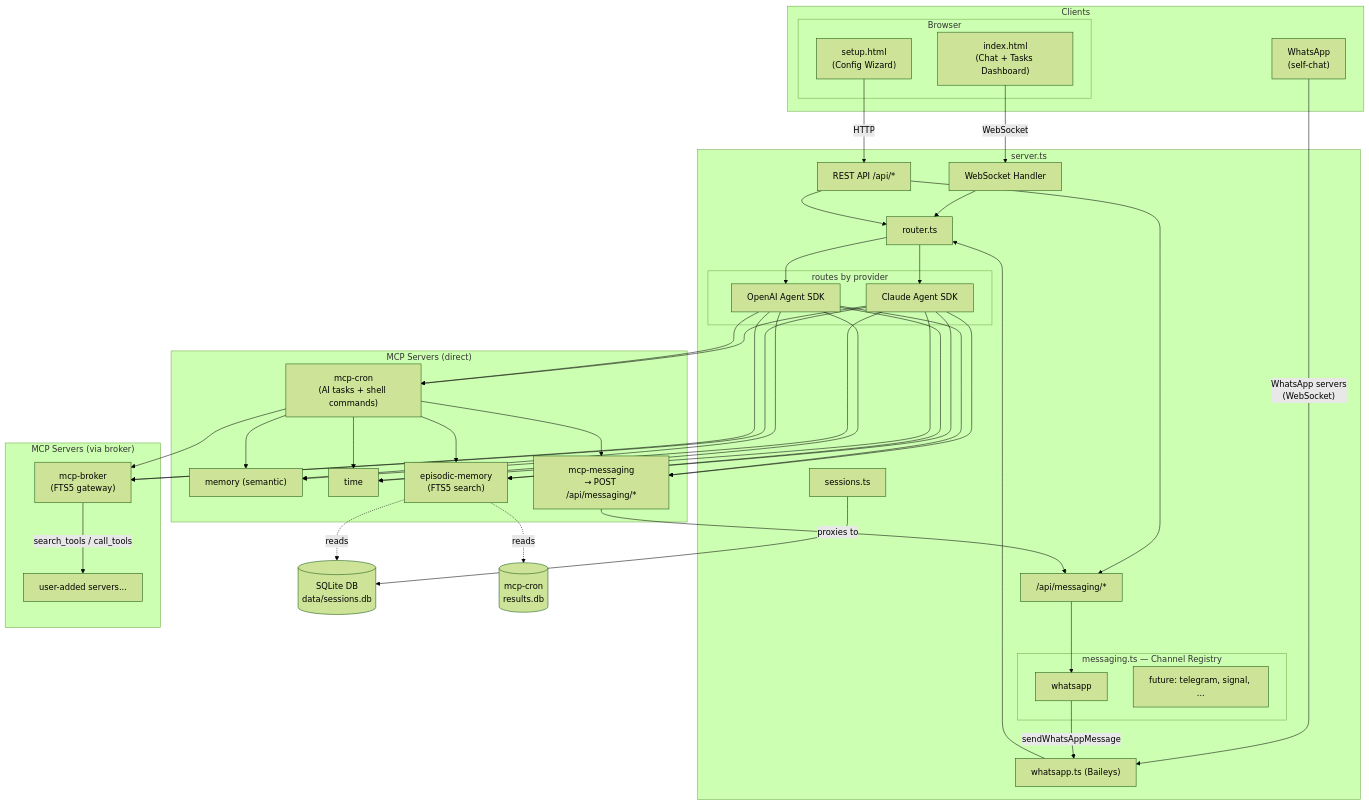
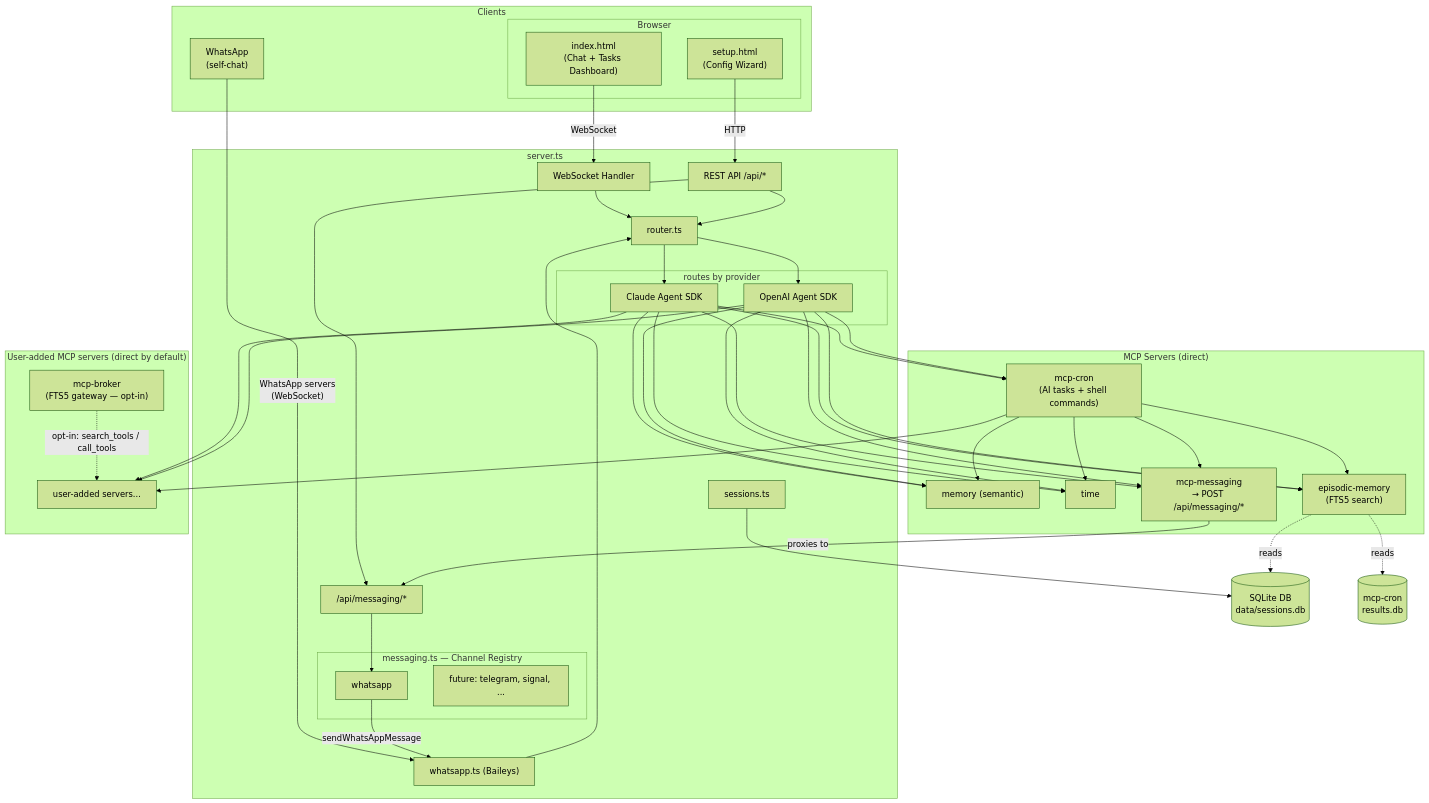
Before and after one commit to jolks/goto-assistant: the diagram in docs/architecture.md, drawn with Mermaid (forest theme). The commit also changed 5 other files, not shown here.

First line of the commit message:
Make mcp-broker opt-in (default off)

````diff
--- a/docs/architecture.md
+++ b/docs/architecture.md
@@ -3,72 +3,72 @@
 ```mermaid
 flowchart TD
     subgraph Clients
         subgraph Browser
             index["index.html<br/>(Chat + Tasks Dashboard)"]
             setup["setup.html<br/>(Config Wizard)"]
         end
         whatsapp_client["WhatsApp<br/>(self-chat)"]
     end
 
     subgraph "server.ts"
         ws["WebSocket Handler"]
         rest["REST API /api/*"]
         wa["whatsapp.ts (Baileys)"]
 
         subgraph "messaging.ts — Channel Registry"
             ch_wa["whatsapp"]
             ch_future["future: telegram, signal, ..."]
         end
 
         messaging_api["/api/messaging/*"]
 
         router["router.ts"]
 
         subgraph providers ["routes by provider"]
             claude["Claude Agent SDK"]
             openai["OpenAI Agent SDK"]
         end
 
         sessions["sessions.ts"]
     end
 
     subgraph "MCP Servers (direct)"
         cron["mcp-cron<br/>(AI tasks + shell commands)"]
         memory["memory (semantic)"]
         time_srv["time"]
         mcp_msg["mcp-messaging<br/>→ POST /api/messaging/*"]
         episodic["episodic-memory<br/>(FTS5 search)"]
     end
 
-    subgraph "MCP Servers (via broker)"
-        broker["mcp-broker<br/>(FTS5 gateway)"]
+    subgraph "User-added MCP servers (direct by default)"
         other_mcp["user-added servers..."]
+        broker["mcp-broker<br/>(FTS5 gateway — opt-in)"]
     end
 
     db[("SQLite DB<br/>data/sessions.db")]
     cron_db[("mcp-cron<br/>results.db")]
 
     index -- "WebSocket" --> ws
     setup -- "HTTP" --> rest
     whatsapp_client -- "WhatsApp servers<br/>(WebSocket)" --> wa
 
     ws --> router
     rest --> router
     wa --> router
     router --> claude & openai
 
     rest --> messaging_api
     messaging_api --> ch_wa
     ch_wa -- "sendWhatsAppMessage" --> wa
 
-    claude --> cron & memory & time_srv & mcp_msg & episodic & broker
-    openai --> cron & memory & time_srv & mcp_msg & episodic & broker
-    cron --> memory & time_srv & mcp_msg & episodic & broker
-    broker -- "search_tools / call_tools" --> other_mcp
+    claude --> cron & memory & time_srv & mcp_msg & episodic & other_mcp
+    openai --> cron & memory & time_srv & mcp_msg & episodic & other_mcp
+    cron --> memory & time_srv & mcp_msg & episodic & other_mcp
+    broker -. "opt-in: search_tools / call_tools" .-> other_mcp
 
     mcp_msg -- "proxies to" --> messaging_api
 
     sessions --> db
     episodic -. "reads" .-> db
     episodic -. "reads" .-> cron_db
 ```
````
